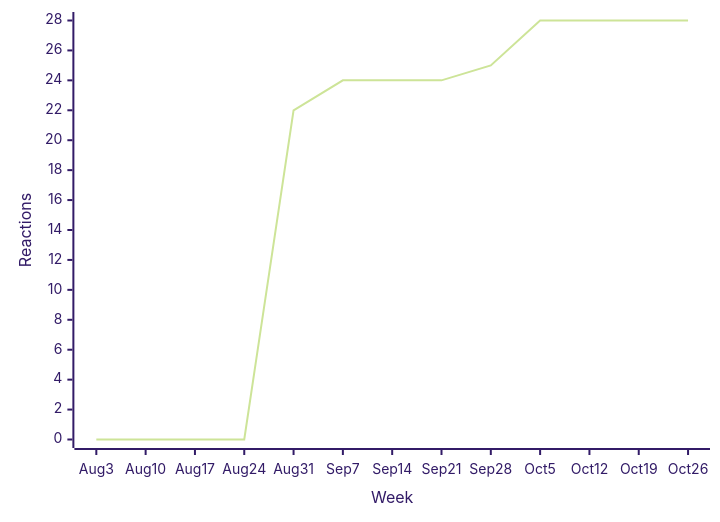
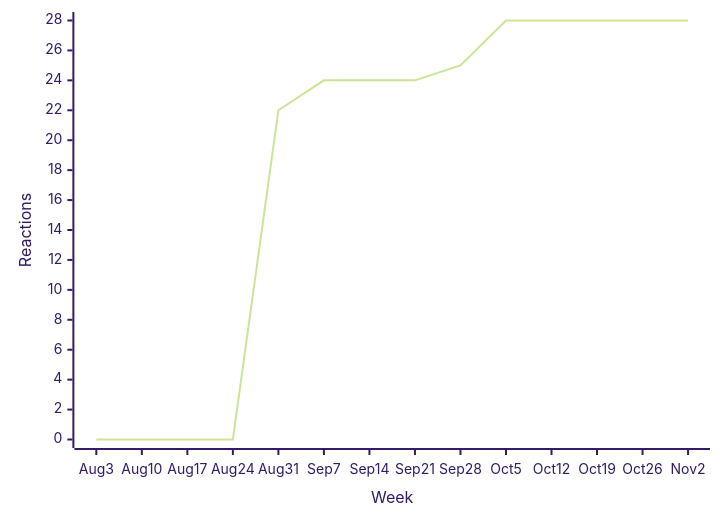
Before and after one commit to loic-sharma/github-insights: the second of 38 diagrams in README.md, drawn with Mermaid (forest theme). The commit also changed other lines of this file and 3 other files, not shown here.

````diff
--- a/README.md
+++ b/README.md
@@ -341,6 +341,6 @@
   ```mermaid
   xychart-beta
-    x-axis "Week" [Aug 3, Aug 10, Aug 17, Aug 24, Aug 31, Sep 7, Sep 14, Sep 21, Sep 28, Oct 5, Oct 12, Oct 19, Oct 26]
+    x-axis "Week" [Aug 3, Aug 10, Aug 17, Aug 24, Aug 31, Sep 7, Sep 14, Sep 21, Sep 28, Oct 5, Oct 12, Oct 19, Oct 26, Nov 2]
     y-axis "Reactions"
-    line [0, 0, 0, 0, 22, 24, 24, 24, 25, 28, 28, 28, 28]
+    line [0, 0, 0, 0, 22, 24, 24, 24, 25, 28, 28, 28, 28, 28]
   ```
````
